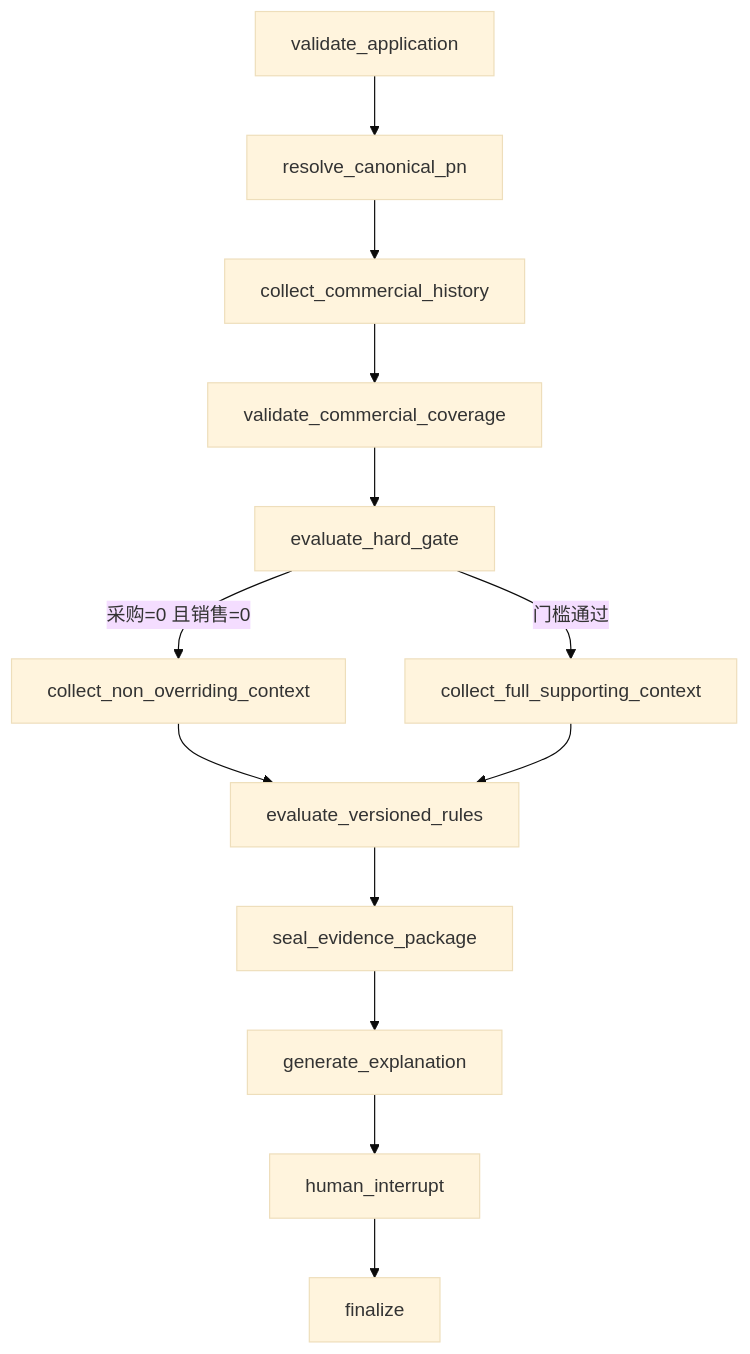
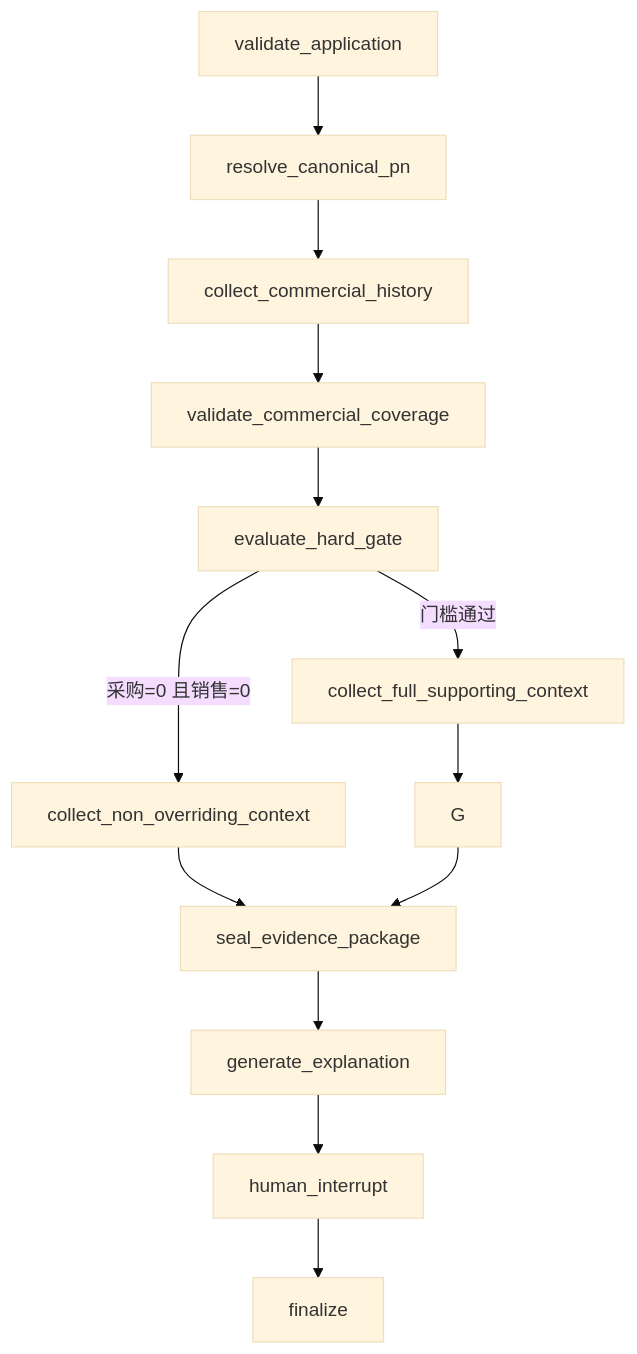
Before and after one commit to Jinchen-Yang/it-spareparts: the diagram in docs/agent-platform/maintenance-replenishment-review.md, drawn with Mermaid (base theme). The commit also changed other lines of this file and 5 other files, not shown here.

````diff
--- a/docs/agent-platform/maintenance-replenishment-review.md
+++ b/docs/agent-platform/maintenance-replenishment-review.md
@@ -137,15 +139,15 @@
 ```mermaid
 flowchart TD
   A["validate_application"] --> B["resolve_canonical_pn"]
   B --> C["collect_commercial_history"]
   C --> Q["validate_commercial_coverage"]
   Q --> D["evaluate_hard_gate"]
   D -->|"采购=0 且销售=0"| E["collect_non_overriding_context"]
   D -->|"门槛通过"| F["collect_full_supporting_context"]
-  E --> G["evaluate_versioned_rules"]
+  E --> H["seal_evidence_package"]
   F --> G
   G --> H["seal_evidence_package"]
   H --> I["generate_explanation"]
   I --> J["human_interrupt"]
   J --> K["finalize"]
 ```
````
